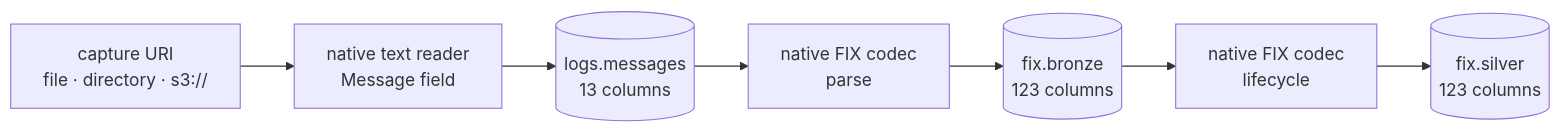
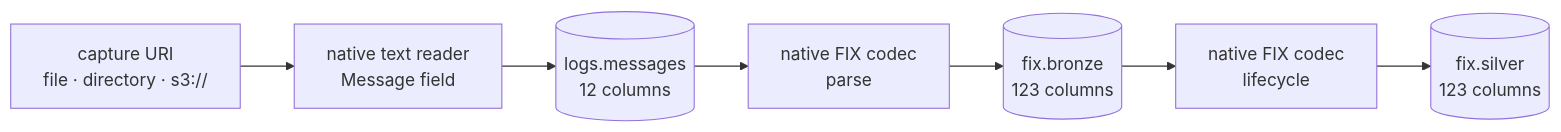
Before and after one commit to Platob/yggfin: the diagram in docs/index.md, drawn with Mermaid. The commit also changed other lines of this file and 39 other files, not shown here.

First line of the commit message:
feat(logs.messages): the raw row is the native event layout, not a second vocabulary (#43)

````diff
--- a/docs/index.md
+++ b/docs/index.md
@@ -40,9 +40,9 @@
 ```mermaid
 flowchart LR
     S["capture URI<br/>file · directory · s3://"] --> T["native text reader<br/>Message field"]
-    T --> M[("logs.messages<br/>13 columns")]
+    T --> M[("logs.messages<br/>12 columns")]
     M --> F["native FIX codec<br/>parse"]
     F --> B[("fix.bronze<br/>123 columns")]
     B --> L["native FIX codec<br/>lifecycle"]
     L --> O[("fix.silver<br/>123 columns")]
 ```
````
